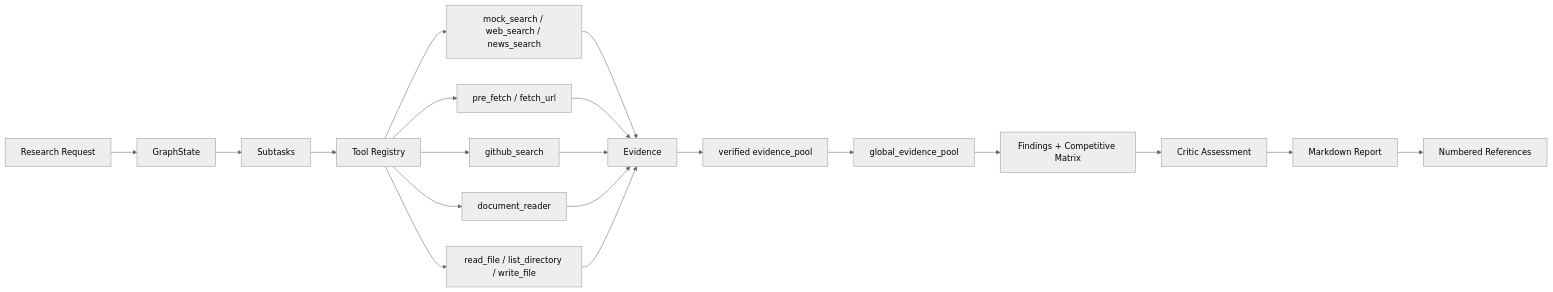
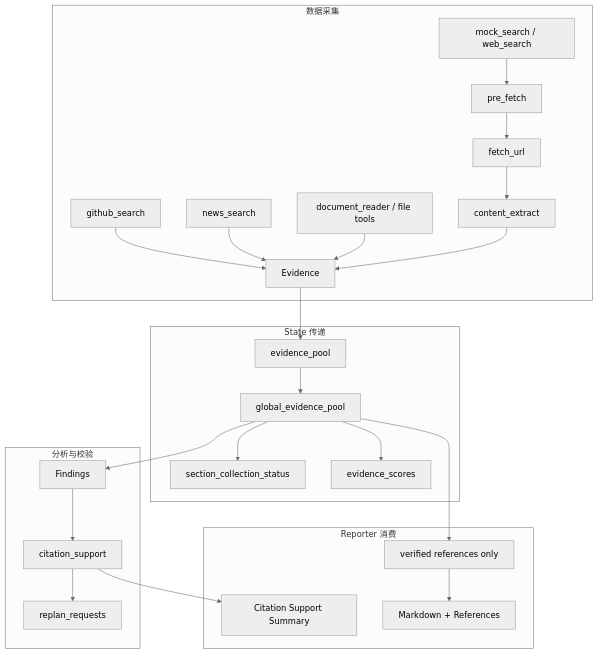
The third of 3 diagrams in README.md (Caser-86/InsightGraph), drawn with Mermaid (neutral theme) before and after one commit. The commit also changed other lines of this file, not shown here.

````diff
--- a/README.md
+++ b/README.md
@@ -156,25 +209,31 @@
 ```mermaid
-flowchart LR
-    Request[Research Request] --> State[GraphState]
-    State --> Plan[Subtasks]
-    Plan --> Registry[Tool Registry]
+flowchart TB
+    subgraph 数据采集
+        T1[mock_search / web_search] --> T2[pre_fetch]
+        T2 --> T3[fetch_url]
+        T3 --> T4[content_extract]
+        T5[github_search] --> T8[Evidence]
+        T6[news_search] --> T8
+        T7[document_reader / file tools] --> T8
+        T4 --> T8
+    end
 
-    Registry --> Search[mock_search / web_search / news_search]
-    Registry --> Fetch[pre_fetch / fetch_url]
-    Registry --> GH[github_search]
-    Registry --> LocalDocs[document_reader]
-    Registry --> LocalFiles[read_file / list_directory / write_file]
+    subgraph State 传递
+        T8 --> S1[evidence_pool]
+        S1 --> S2[global_evidence_pool]
+        S2 --> S3[section_collection_status]
+        S2 --> S4[evidence_scores]
+    end
 
-    Search --> Evidence[Evidence]
-    Fetch --> Evidence
-    GH --> Evidence
-    LocalDocs --> Evidence
-    LocalFiles --> Evidence
+    subgraph 分析与校验
+        S2 --> A1[Findings]
+        A1 --> A2[citation_support]
+        A2 --> A3[replan_requests]
+    end
 
-    Evidence --> Pool[verified evidence_pool]
-    Pool --> Global[global_evidence_pool]
-    Global --> Findings[Findings + Competitive Matrix]
-    Findings --> Critique[Critic Assessment]
-    Critique --> Report[Markdown Report]
-    Report --> References[Numbered References]
+    subgraph Reporter 消费
+        A2 --> R1[Citation Support Summary]
+        S2 --> R2[verified references only]
+        R2 --> R3[Markdown + References]
+    end
 ```
````
